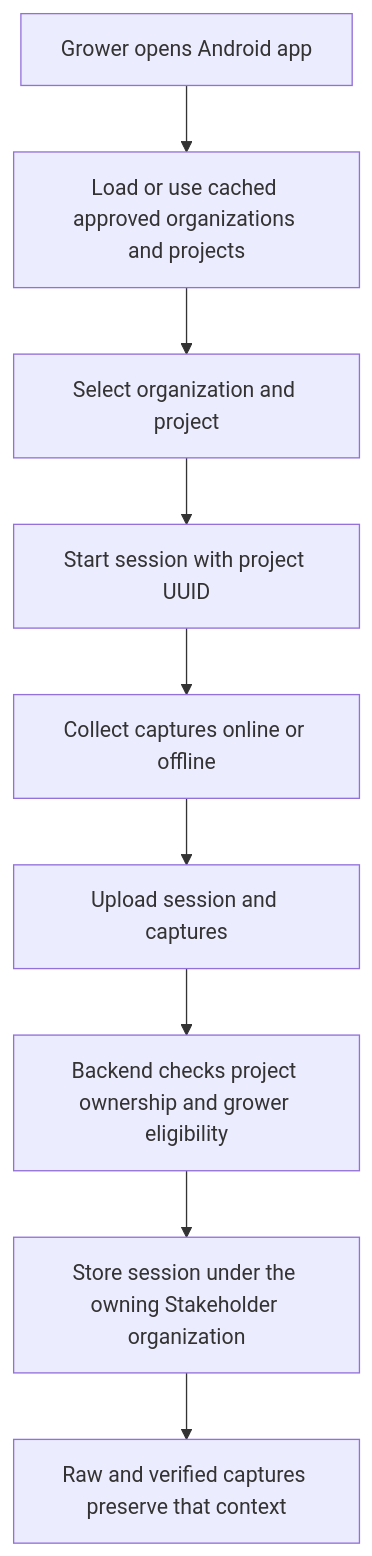
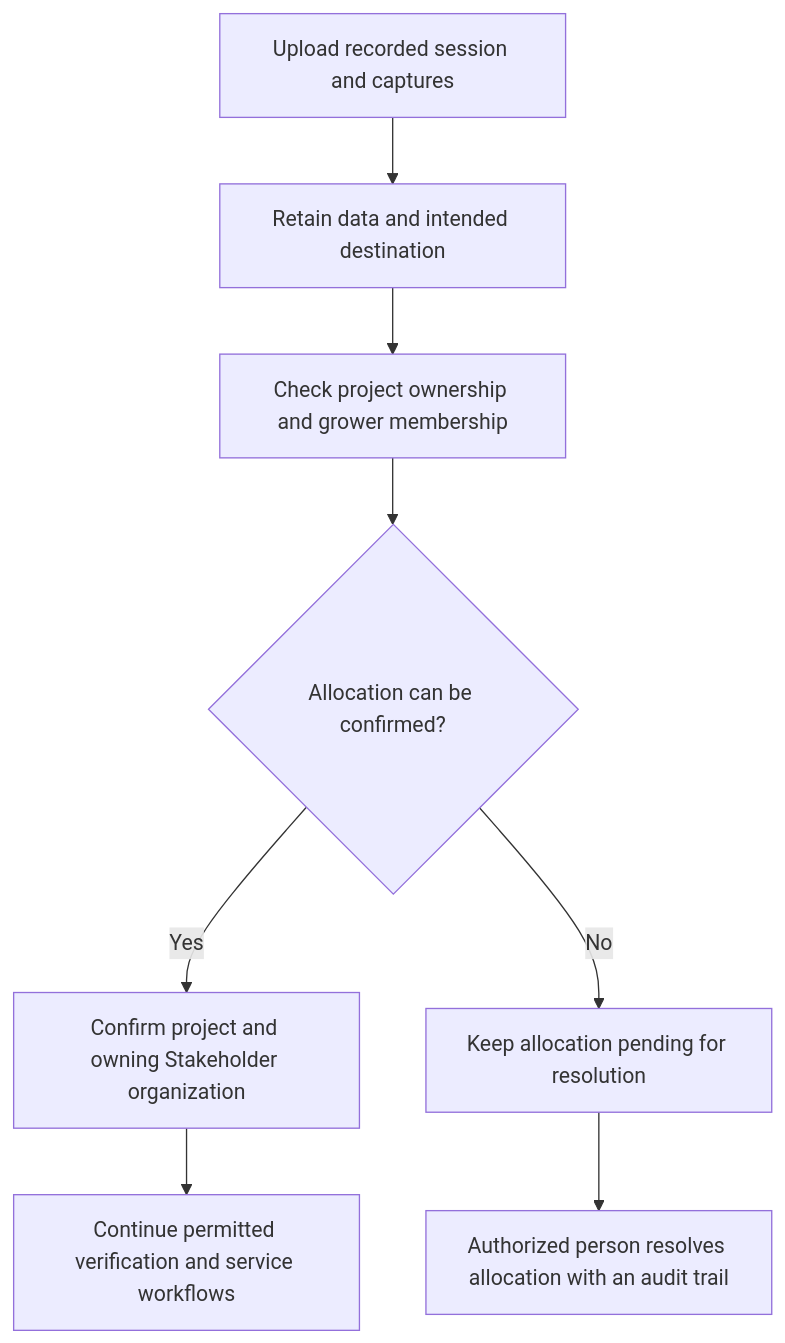
The fifth of 5 diagrams in 0024-stakeholder-membership-project-session-routing.md (Greenstand/treetracker-decisions), drawn with Mermaid before and after one commit. The commit also changed other lines of this file, not shown here.

Commit message:
docs: preserve simple offline collection and defer allocation confirmation

````diff
--- a/0024-stakeholder-membership-project-session-routing.md
+++ b/0024-stakeholder-membership-project-session-routing.md
@@ -137,11 +186,10 @@
 ```mermaid
 flowchart TD
-    A[Grower opens Android app] --> B[Load or use cached approved organizations and projects]
-    B --> C[Select organization and project]
-    C --> D[Start session with project UUID]
-    D --> E[Collect captures online or offline]
-    E --> F[Upload session and captures]
-    F --> G[Backend checks project ownership and grower eligibility]
-    G --> H[Store session under the owning Stakeholder organization]
-    H --> I[Raw and verified captures preserve that context]
+    A[Upload recorded session and captures] --> B[Retain data and intended destination]
+    B --> C[Check project ownership and grower membership]
+    C --> D{Allocation can be confirmed?}
+    D -->|Yes| E[Confirm project and owning Stakeholder organization]
+    D -->|No| F[Keep allocation pending for resolution]
+    E --> G[Continue permitted verification and service workflows]
+    F --> H[Authorized person resolves allocation with an audit trail]
 ```
````
